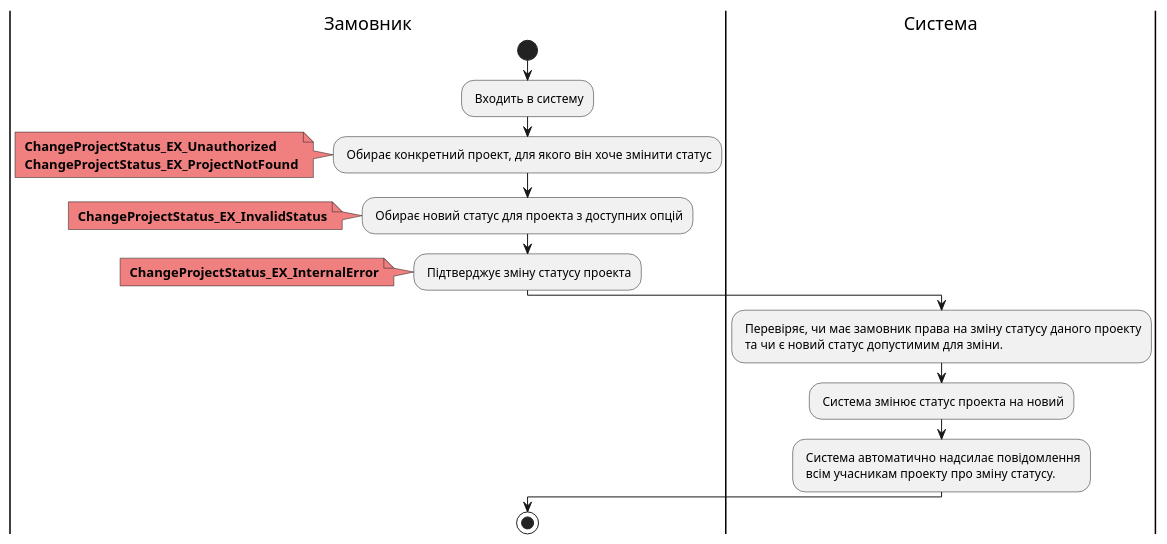
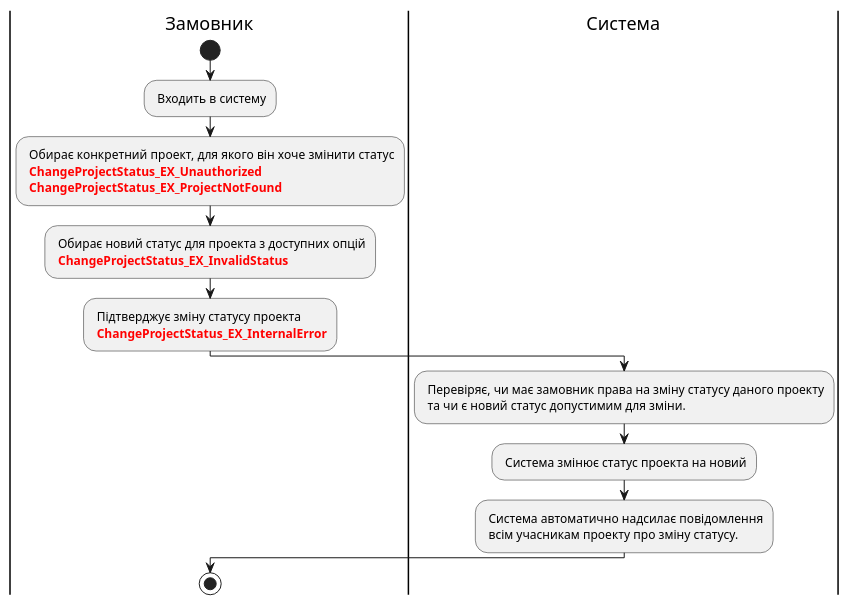
Before and after one commit to edu-db/edu_db_labs: the ninth of 19 diagrams in docs/use cases/README.md, drawn with PlantUML. The commit also changed other lines of this file, not shown here.

```diff
--- a/docs/use cases/README.md
+++ b/docs/use cases/README.md
@@ -346,37 +346,31 @@
 @startuml
 
     |Замовник|
     start;
     : Входить в систему;
 
     |Замовник|
-    : Обирає конкретний проект, для якого він хоче змінити статус;
-    note left #F08080
-    <b> ChangeProjectStatus_EX_Unauthorized
-    <b> ChangeProjectStatus_EX_ProjectNotFound
-    end note
+    : Обирає конкретний проект, для якого він хоче змінити статус
+    <font color="red"><b> ChangeProjectStatus_EX_Unauthorized
+    <font color="red"><b> ChangeProjectStatus_EX_ProjectNotFound;
 
     |Замовник|
-    : Обирає новий статус для проекта з доступних опцій;
-    note left #F08080
-    <b> ChangeProjectStatus_EX_InvalidStatus
-    end note
+    : Обирає новий статус для проекта з доступних опцій
+    <font color="red"><b> ChangeProjectStatus_EX_InvalidStatus;
 
     |Замовник|
-    : Підтверджує зміну статусу проекта;
-    note left #F08080
-    <b> ChangeProjectStatus_EX_InternalError
-    end note
+    : Підтверджує зміну статусу проекта
+    <font color="red"><b> ChangeProjectStatus_EX_InternalError;
 
     |Система|
     : Перевіряє, чи має замовник права на зміну статусу даного проекту\n та чи є новий статус допустимим для зміни.;
 
     : Система змінює статус проекта на новий;
 
     : Система автоматично надсилає повідомлення\n всім учасникам проекту про зміну статусу.;
 
 
     |Замовник|
     stop;
 
 @enduml
```
